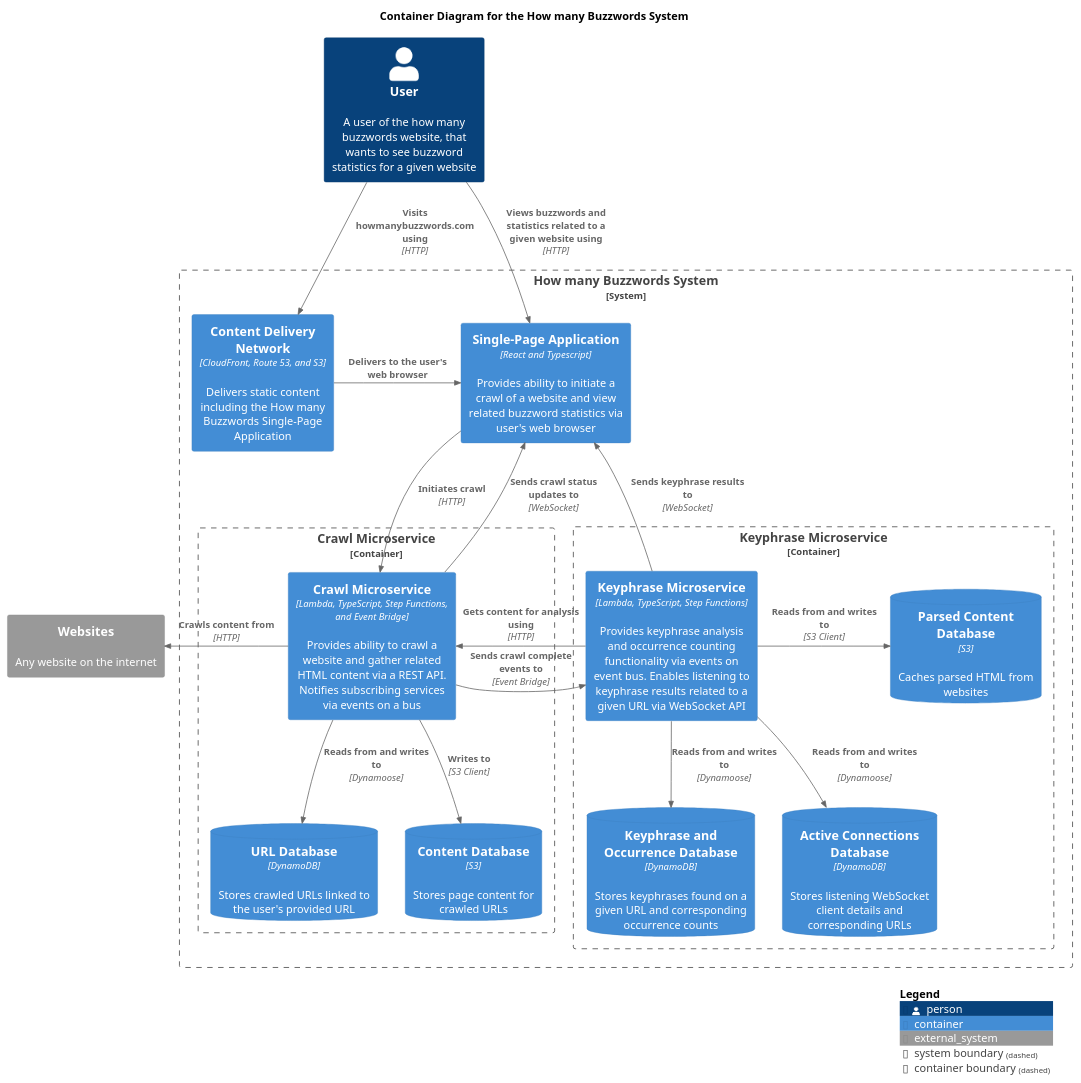
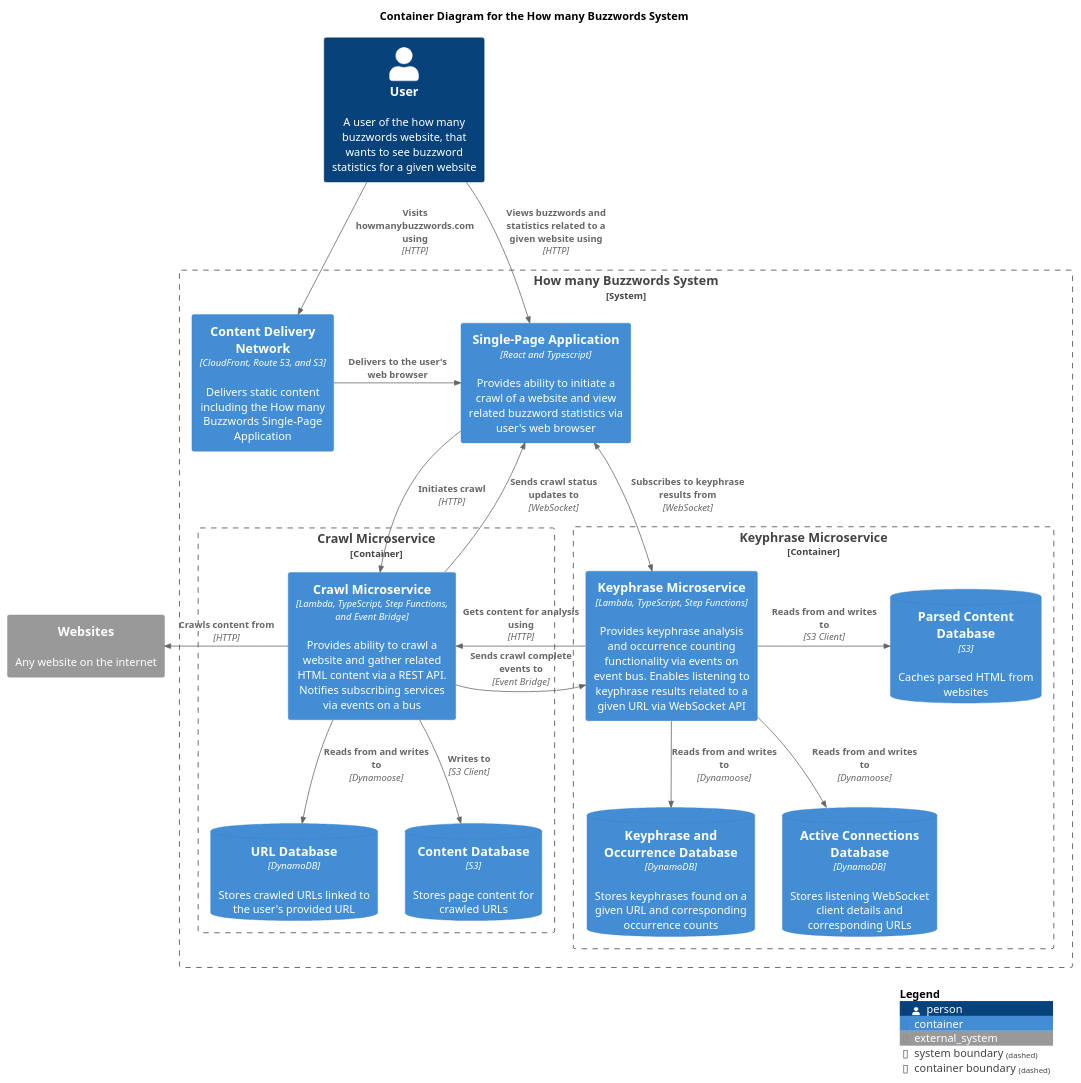
One commit to ashley-evans/how-many-buzzwords changed the diagram in docs/c4-diagrams/buzzword-c4-container.puml. Above: the diagram before and after it, drawn with PlantUML. The commit also changed 1 other file, not shown here.

Commit message:
Update keyphrase service component diagram to reflect new scrape url lambda and parsed content db relationships

```diff
--- a/docs/c4-diagrams/buzzword-c4-container.puml
+++ b/docs/c4-diagrams/buzzword-c4-container.puml
@@ -1,49 +1,49 @@
 @startuml Buzzword C4 Container Diagram
 
 !include https://raw.githubusercontent.com/plantuml-stdlib/C4-PlantUML/master/C4_Container.puml
 
 title Container Diagram for the How many Buzzwords System
 
 Person(user, "User", "A user of the how many buzzwords website, that wants to see buzzword statistics for a given website")
 System_Boundary(buzzword_system, "How many Buzzwords System") {
     Container(content_delivery_network, "Content Delivery Network", "CloudFront, Route 53, and S3", $descr="Delivers static content including the How many Buzzwords Single-Page Application")
     Container(single_page_application, "Single-Page Application", "React and Typescript", $descr="Provides ability to initiate a crawl of a website and view related buzzword statistics via user's web browser")
 
     Container_Boundary(crawl_microservice_boundary, "Crawl Microservice") {
         Container(crawl_microservice, "Crawl Microservice", "Lambda, TypeScript, Step Functions, and Event Bridge", $descr="Provides ability to crawl a website and gather related HTML content via a REST API. Notifies subscribing services via events on a bus")
         ContainerDb(crawl_url_db, "URL Database", "DynamoDB", $descr="Stores crawled URLs linked to the user's provided URL")
         ContainerDb(crawl_content_db, "Content Database", "S3", $descr="Stores page content for crawled URLs")
     }
 
     Container_Boundary(keyphrase_microservice_boundary, "Keyphrase Microservice") {
         Container(keyphrase_microservice, "Keyphrase Microservice", "Lambda, TypeScript, Step Functions", "Provides keyphrase analysis and occurrence counting functionality via events on event bus. Enables listening to keyphrase results related to a given URL via WebSocket API")
         ContainerDb(keyphrase_db, "Keyphrase and Occurrence Database", "DynamoDB", "Stores keyphrases found on a given URL and corresponding occurrence counts")
         ContainerDb(active_connections_db, "Active Connections Database", "DynamoDB", "Stores listening WebSocket client details and corresponding URLs")
         ContainerDb(parsed_content_db, "Parsed Content Database", "S3", "Caches parsed HTML from websites")
     }
 }
 
 System_Ext(websites, "Websites", "Any website on the internet")
 
 Rel(user, content_delivery_network, "Visits howmanybuzzwords.com using", "HTTP")
 Rel(user, single_page_application, "Views buzzwords and statistics related to a given website using", "HTTP")
 
 Rel_R(content_delivery_network, single_page_application, "Delivers to the user's web browser")
 
 Rel(single_page_application, crawl_microservice, "Initiates crawl", "HTTP")
 Rel_U(crawl_microservice, single_page_application, "Sends crawl status updates to", "WebSocket")
-Rel_U(keyphrase_microservice, single_page_application, "Sends keyphrase results to", "WebSocket")
+BiRel_U(keyphrase_microservice, single_page_application, "Subscribes to keyphrase results from", "WebSocket")
 
 Rel(crawl_microservice, crawl_url_db, "Reads from and writes to", "Dynamoose")
 Rel(crawl_microservice, crawl_content_db, "Writes to", "S3 Client")
 Rel_L(crawl_microservice, websites, "Crawls content from", "HTTP")
 
 Rel(keyphrase_microservice, keyphrase_db, "Reads from and writes to", "Dynamoose")
 Rel(keyphrase_microservice, active_connections_db, "Reads from and writes to", "Dynamoose")
 Rel_R(keyphrase_microservice, parsed_content_db, "Reads from and writes to", "S3 Client")
 Rel(crawl_microservice, keyphrase_microservice, "Sends crawl complete events to", "Event Bridge")
 Rel(keyphrase_microservice, crawl_microservice, "Gets content for analysis using", "HTTP")
 
 SHOW_LEGEND()
 
 @enduml
```
